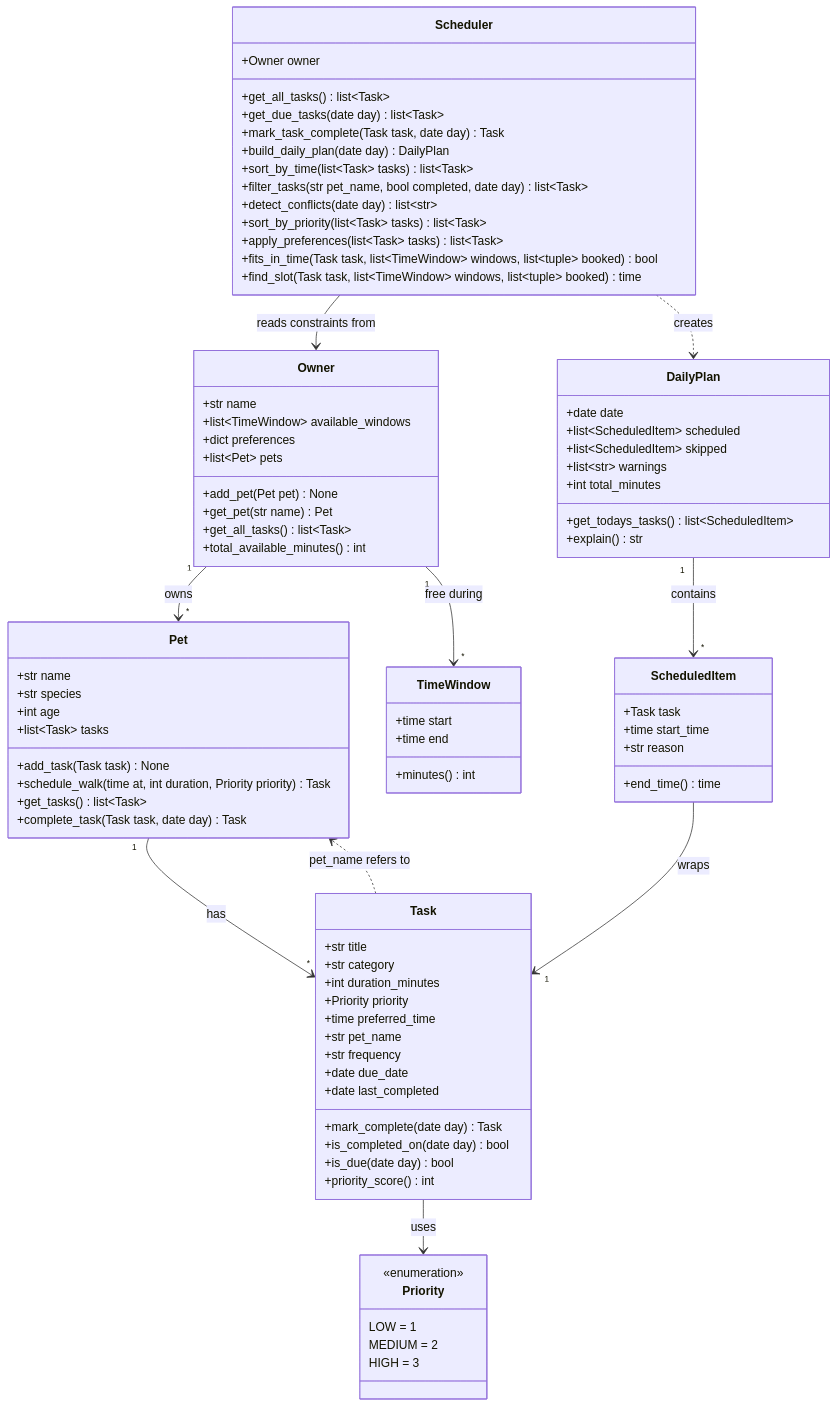
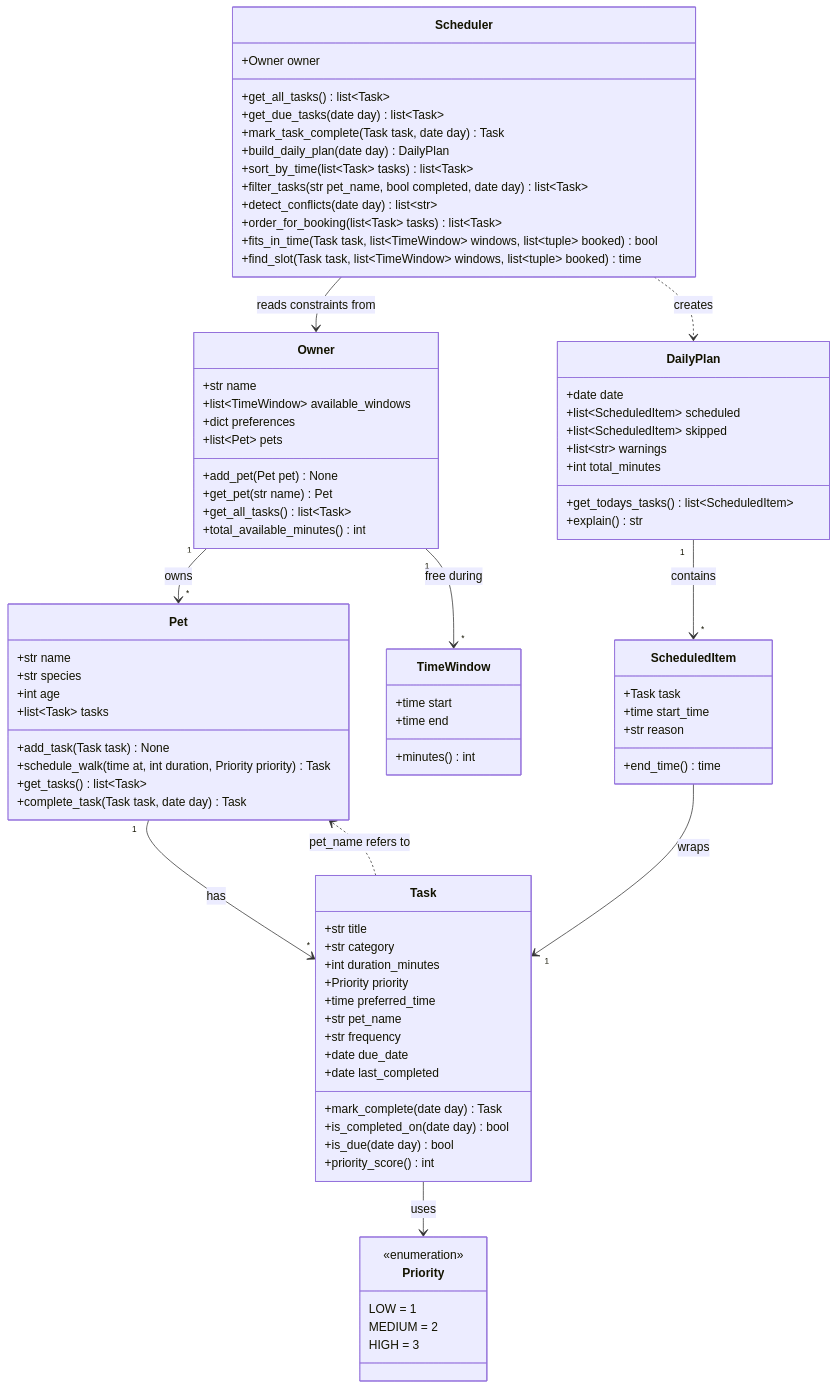
The diagram in diagrams/uml.mmd (BronsonChow/ai110-module2show-pawpal-starter), drawn with Mermaid before and after one commit. The commit also changed 4 other files, not shown here.

First line of the commit message:
Merge booking sorts into order_for_booking

```diff
--- a/diagrams/uml.mmd
+++ b/diagrams/uml.mmd
@@ -1,97 +1,96 @@
 classDiagram
     %% PawPal+ design
     %% Core actions: add a pet (Owner), schedule a walk / any task (Pet + Task),
     %% see today's tasks (Scheduler -> DailyPlan)
 
     class Priority {
         <<enumeration>>
         LOW = 1
         MEDIUM = 2
         HIGH = 3
     }
 
     class TimeWindow {
         +time start
         +time end
         +minutes() int
     }
 
     class Owner {
         +str name
         +list~TimeWindow~ available_windows
         +dict preferences
         +list~Pet~ pets
         +add_pet(Pet pet) None
         +get_pet(str name) Pet
         +get_all_tasks() list~Task~
         +total_available_minutes() int
     }
 
     class Pet {
         +str name
         +str species
         +int age
         +list~Task~ tasks
         +add_task(Task task) None
         +schedule_walk(time at, int duration, Priority priority) Task
         +get_tasks() list~Task~
         +complete_task(Task task, date day) Task
     }
 
     class Task {
         +str title
         +str category
         +int duration_minutes
         +Priority priority
         +time preferred_time
         +str pet_name
         +str frequency
         +date due_date
         +date last_completed
         +mark_complete(date day) Task
         +is_completed_on(date day) bool
         +is_due(date day) bool
         +priority_score() int
     }
 
     class Scheduler {
         +Owner owner
         +get_all_tasks() list~Task~
         +get_due_tasks(date day) list~Task~
         +mark_task_complete(Task task, date day) Task
         +build_daily_plan(date day) DailyPlan
         +sort_by_time(list~Task~ tasks) list~Task~
         +filter_tasks(str pet_name, bool completed, date day) list~Task~
         +detect_conflicts(date day) list~str~
-        +sort_by_priority(list~Task~ tasks) list~Task~
-        +apply_preferences(list~Task~ tasks) list~Task~
+        +order_for_booking(list~Task~ tasks) list~Task~
         +fits_in_time(Task task, list~TimeWindow~ windows, list~tuple~ booked) bool
         +find_slot(Task task, list~TimeWindow~ windows, list~tuple~ booked) time
     }
 
     class ScheduledItem {
         +Task task
         +time start_time
         +str reason
         +end_time() time
     }
 
     class DailyPlan {
         +date date
         +list~ScheduledItem~ scheduled
         +list~ScheduledItem~ skipped
         +list~str~ warnings
         +int total_minutes
         +get_todays_tasks() list~ScheduledItem~
         +explain() str
     }
 
     Owner "1" --> "*" Pet : owns
     Owner "1" --> "*" TimeWindow : free during
     Pet "1" --> "*" Task : has
     Task --> Priority : uses
     Task ..> Pet : pet_name refers to
     Scheduler --> Owner : reads constraints from
     Scheduler ..> DailyPlan : creates
     DailyPlan "1" --> "*" ScheduledItem : contains
     ScheduledItem --> "1" Task : wraps
```
